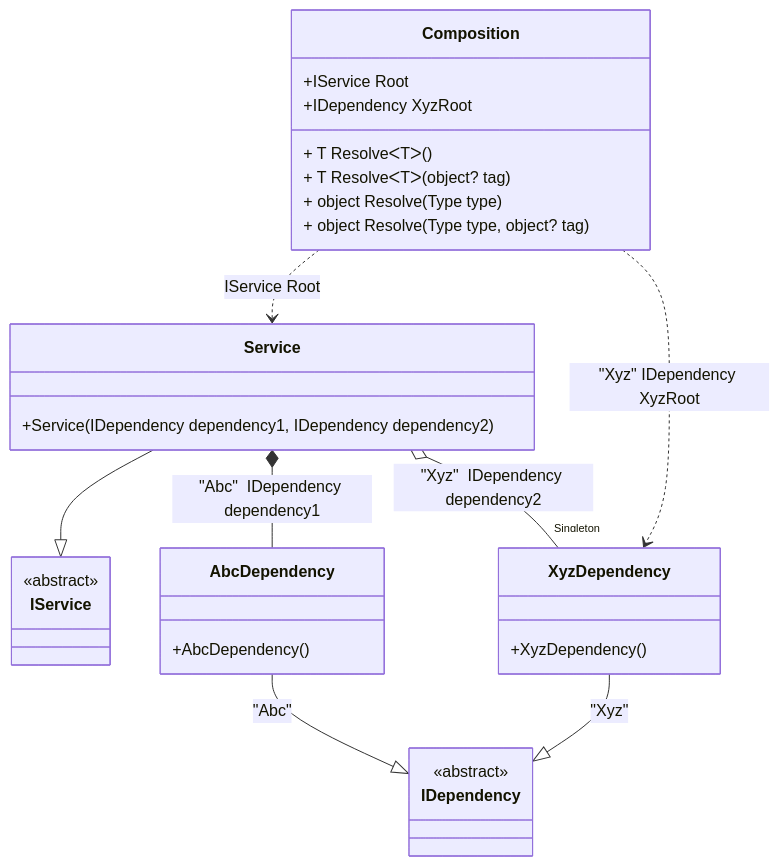
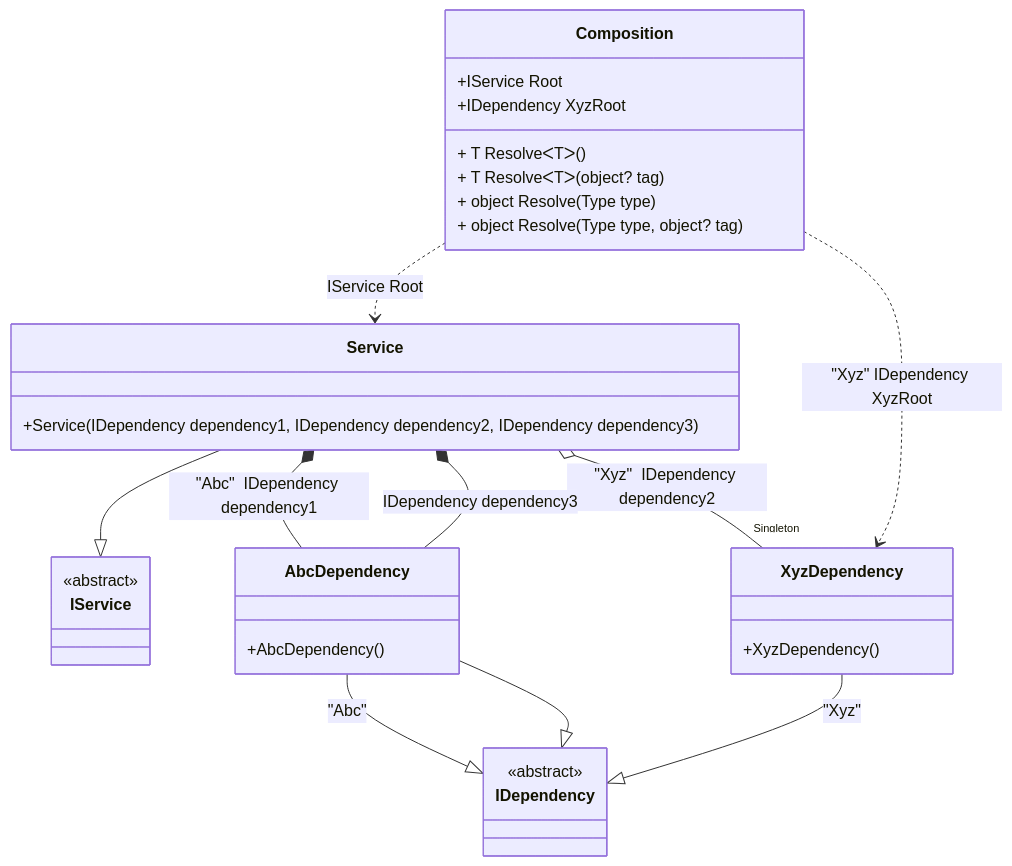
One commit to DevTeam/Pure.DI changed the diagram in readme/tags.md. Above: the diagram before and after it, drawn with Mermaid. The commit also changed other lines of this file and 53 other files, not shown here.

````diff
--- a/readme/tags.md
+++ b/readme/tags.md
@@ -57,33 +64,35 @@
 ```mermaid
 classDiagram
   class Composition {
     +IService Root
     +IDependency XyzRoot
     + T ResolveᐸTᐳ()
     + T ResolveᐸTᐳ(object? tag)
     + object Resolve(Type type)
     + object Resolve(Type type, object? tag)
   }
   Service --|> IService : 
   class Service {
-    +Service(IDependency dependency1, IDependency dependency2)
+    +Service(IDependency dependency1, IDependency dependency2, IDependency dependency3)
   }
   AbcDependency --|> IDependency : "Abc" 
+  AbcDependency --|> IDependency : 
   class AbcDependency {
     +AbcDependency()
   }
   XyzDependency --|> IDependency : "Xyz" 
   class XyzDependency {
     +XyzDependency()
   }
   class IService {
     <<abstract>>
   }
   class IDependency {
     <<abstract>>
   }
   Service *--  AbcDependency : "Abc"  IDependency dependency1
   Service o--  "Singleton" XyzDependency : "Xyz"  IDependency dependency2
+  Service *--  AbcDependency : IDependency dependency3
   Composition ..> XyzDependency : "Xyz" IDependency XyzRoot
   Composition ..> Service : IService Root
 ```
````
